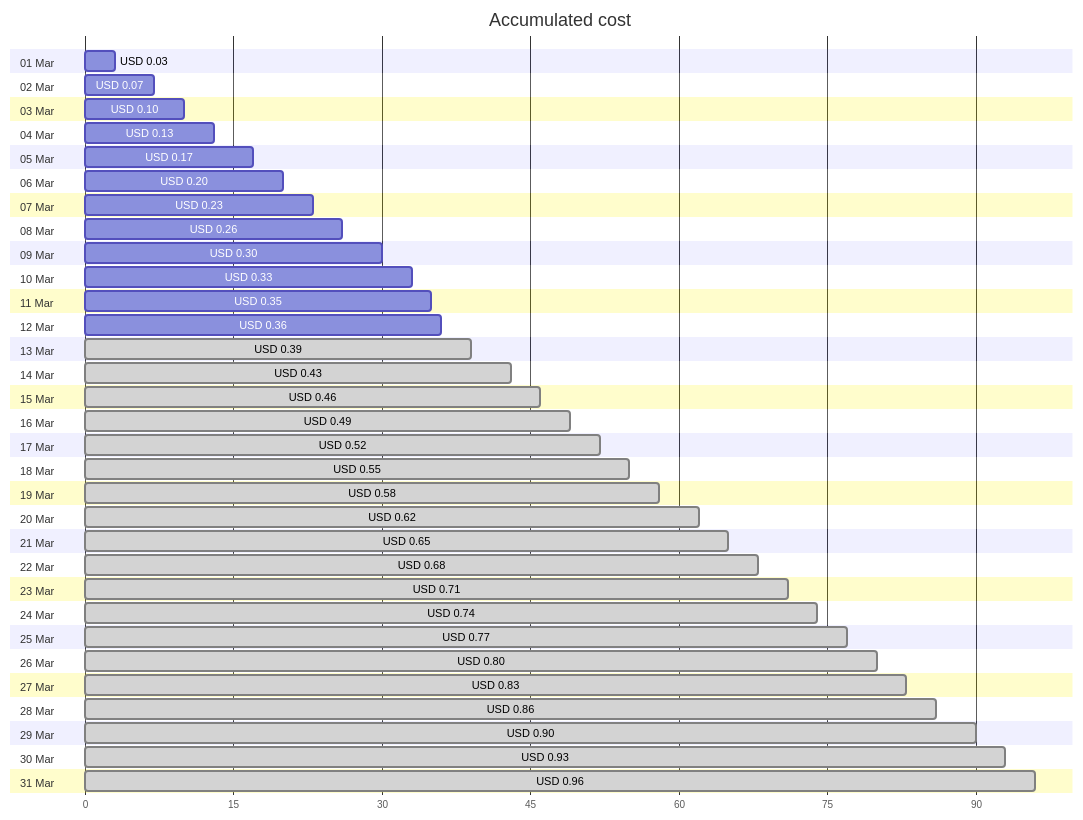
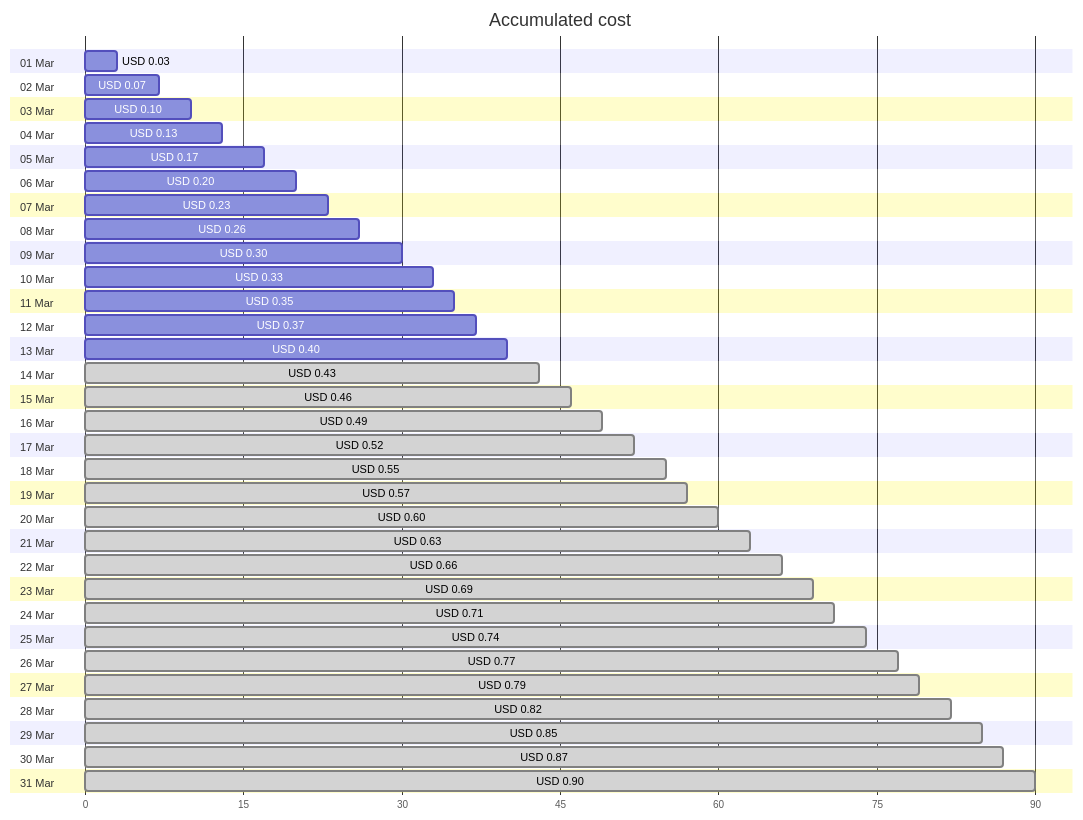
The first of 4 diagrams in cost-reports/personal-dns/README.md (jpfulton/azure-personal-reports), drawn with Mermaid before and after one commit. The commit also changed other lines of this file and 2 other files, not shown here.

Commit message:
Generated reports [skip ci]

````diff
--- a/cost-reports/personal-dns/README.md
+++ b/cost-reports/personal-dns/README.md
@@ -20,68 +20,68 @@
 ```mermaid
 gantt
    title Accumulated cost
    dateFormat  X
    axisFormat %s
    section 01 Mar
    USD 0.03 :0, 3
    section 02 Mar
    USD 0.07 :0, 7
    section 03 Mar
    USD 0.10 :0, 10
    section 04 Mar
    USD 0.13 :0, 13
    section 05 Mar
    USD 0.17 :0, 17
    section 06 Mar
    USD 0.20 :0, 20
    section 07 Mar
    USD 0.23 :0, 23
    section 08 Mar
    USD 0.26 :0, 26
    section 09 Mar
    USD 0.30 :0, 30
    section 10 Mar
    USD 0.33 :0, 33
    section 11 Mar
    USD 0.35 :0, 35
    section 12 Mar
-   USD 0.36 :0, 36
+   USD 0.37 :0, 37
    section 13 Mar
-   USD 0.39 : done, 0, 39
+   USD 0.40 :0, 40
    section 14 Mar
    USD 0.43 : done, 0, 43
    section 15 Mar
    USD 0.46 : done, 0, 46
    section 16 Mar
    USD 0.49 : done, 0, 49
    section 17 Mar
    USD 0.52 : done, 0, 52
    section 18 Mar
    USD 0.55 : done, 0, 55
    section 19 Mar
-   USD 0.58 : done, 0, 58
+   USD 0.57 : done, 0, 57
    section 20 Mar
-   USD 0.62 : done, 0, 62
+   USD 0.60 : done, 0, 60
    section 21 Mar
-   USD 0.65 : done, 0, 65
+   USD 0.63 : done, 0, 63
    section 22 Mar
-   USD 0.68 : done, 0, 68
+   USD 0.66 : done, 0, 66
    section 23 Mar
+   USD 0.69 : done, 0, 69
+   section 24 Mar
    USD 0.71 : done, 0, 71
-   section 24 Mar
+   section 25 Mar
    USD 0.74 : done, 0, 74
-   section 25 Mar
+   section 26 Mar
    USD 0.77 : done, 0, 77
-   section 26 Mar
-   USD 0.80 : done, 0, 80
    section 27 Mar
-   USD 0.83 : done, 0, 83
+   USD 0.79 : done, 0, 79
    section 28 Mar
-   USD 0.86 : done, 0, 86
+   USD 0.82 : done, 0, 82
    section 29 Mar
+   USD 0.85 : done, 0, 85
+   section 30 Mar
+   USD 0.87 : done, 0, 87
+   section 31 Mar
    USD 0.90 : done, 0, 90
-   section 30 Mar
-   USD 0.93 : done, 0, 93
-   section 31 Mar
-   USD 0.96 : done, 0, 96
 ```
````
